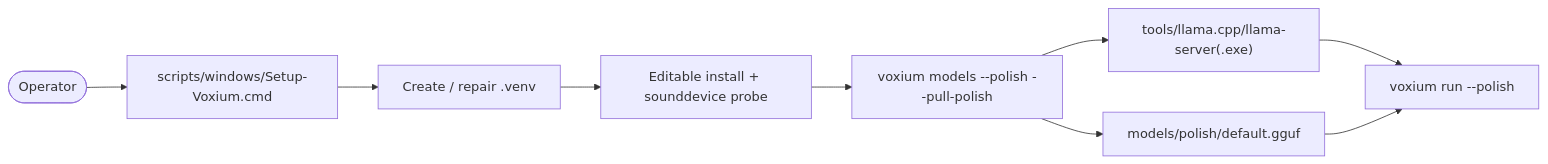
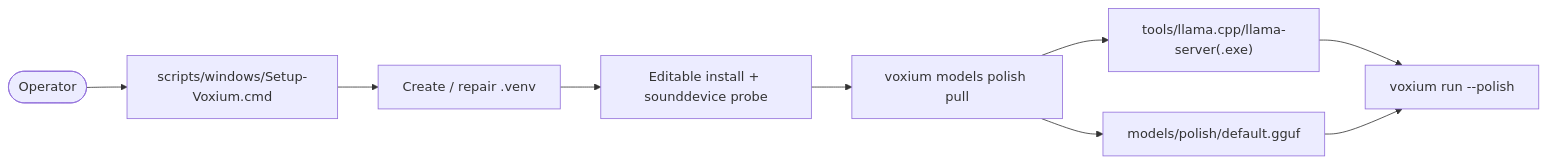
One commit to chris-piekarski/voxium-ptt changed the fifth of 7 diagrams in docs/architecture.md. Above: the diagram before and after it, drawn with Mermaid. The commit also changed other lines of this file and 27 other files, not shown here.

````diff
--- a/docs/architecture.md
+++ b/docs/architecture.md
@@ -184,20 +184,20 @@
 ```mermaid
 flowchart LR
   user([Operator])
   setup["scripts/windows/Setup-Voxium.cmd"]
   venv["Create / repair .venv"]
   pip["Editable install + sounddevice probe"]
-  pull["voxium models --polish --pull-polish"]
+  pull["voxium models polish pull"]
   runtime["tools/llama.cpp/llama-server(.exe)"]
   model["models/polish/default.gguf"]
   ready["voxium run --polish"]
 
   user --> setup
   setup --> venv
   venv --> pip
   pip --> pull
   pull --> runtime
   pull --> model
   runtime --> ready
   model --> ready
 ```
````
